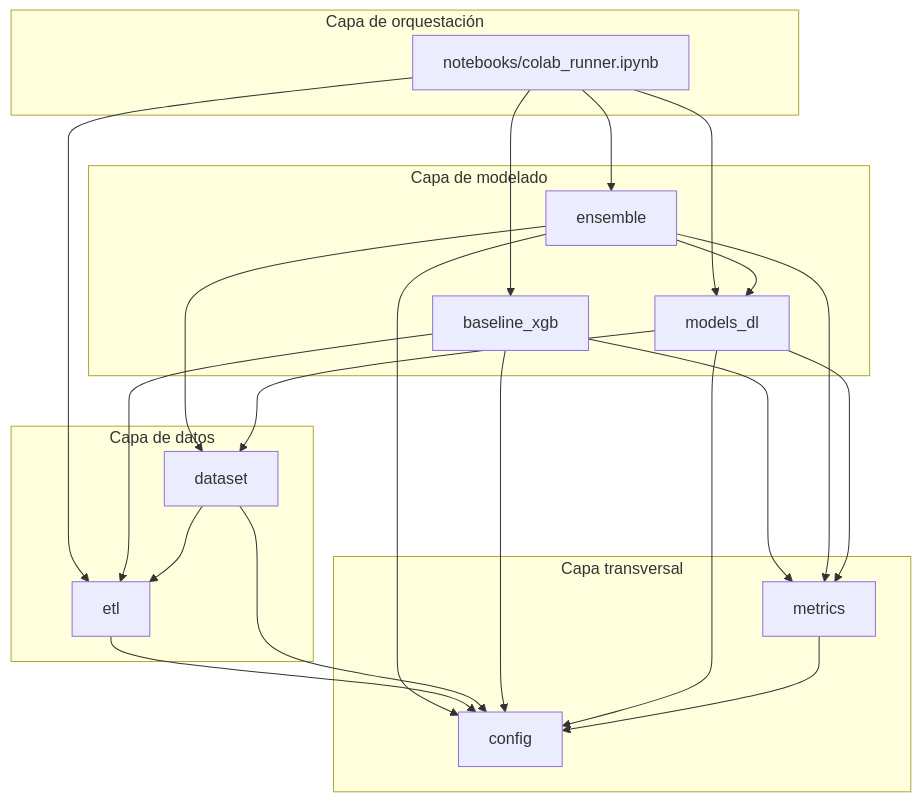
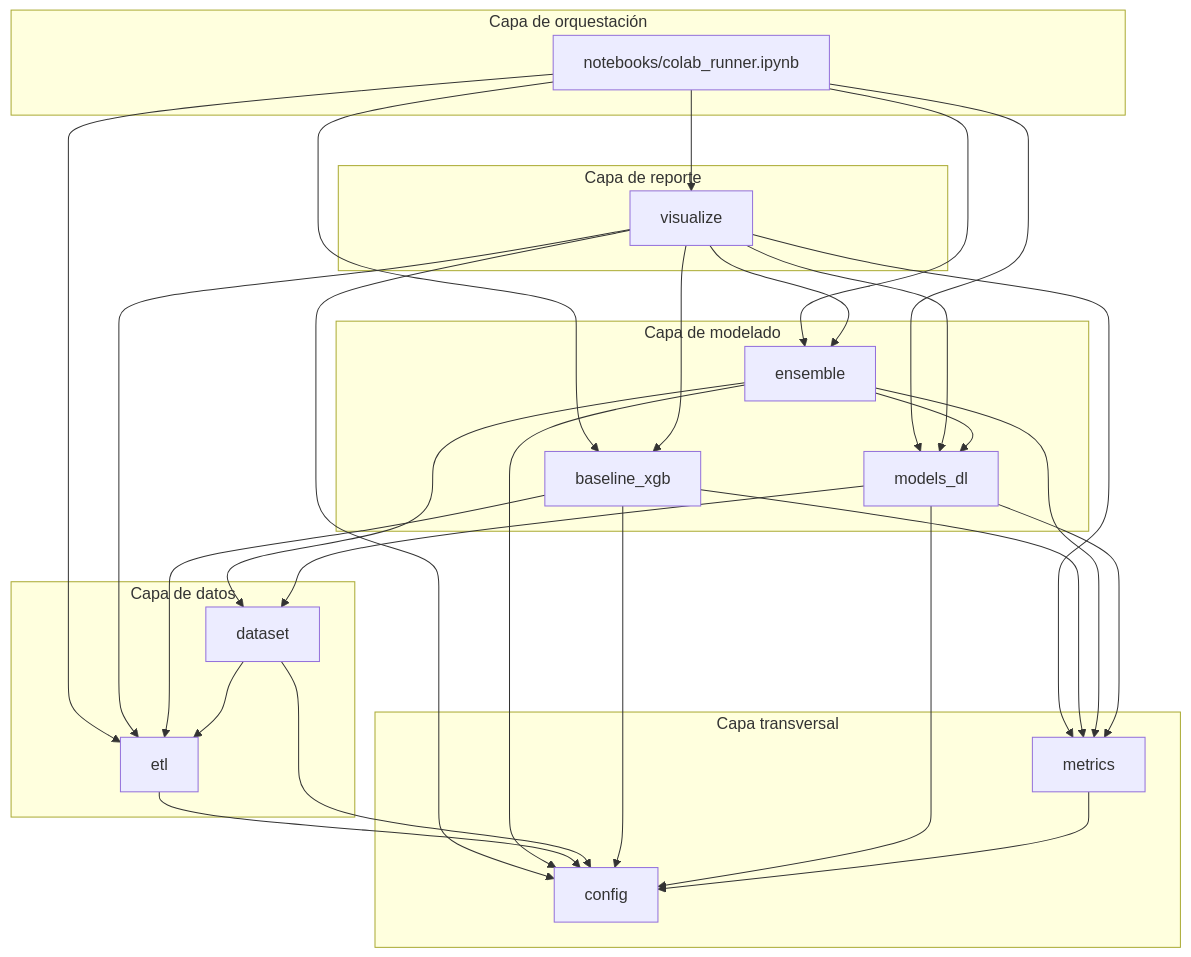
The diagram in docs/03_logical_architecture.md (facupeletay/nasa-turbofan-rul), drawn with Mermaid before and after one commit. The commit also changed other lines of this file and 6 other files, not shown here.

````diff
--- a/docs/03_logical_architecture.md
+++ b/docs/03_logical_architecture.md
@@ -11,38 +11,48 @@
 ```mermaid
 flowchart TB
     subgraph ORQ["Capa de orquestación"]
         NB["notebooks/colab_runner.ipynb"]
+    end
+    subgraph REP["Capa de reporte"]
+        VIS["visualize"]
     end
     subgraph MOD["Capa de modelado"]
         XGB["baseline_xgb"]
         DL["models_dl"]
         ENS["ensemble"]
     end
     subgraph DAT["Capa de datos"]
         ETL["etl"]
         DS["dataset"]
     end
     subgraph TRANS["Capa transversal"]
         CFG["config"]
         MET["metrics"]
     end
 
     NB --> ETL
     NB --> XGB
     NB --> DL
     NB --> ENS
+    NB --> VIS
+    VIS --> ENS
+    VIS --> XGB
+    VIS --> DL
+    VIS --> ETL
+    VIS --> MET
+    VIS --> CFG
     XGB --> ETL
     XGB --> MET
     ENS --> DL
     ENS --> DS
     ENS --> MET
     ENS --> CFG
     DL --> DS
     DL --> MET
     ETL --> CFG
     DS --> ETL
     DS --> CFG
     XGB --> CFG
     DL --> CFG
     MET --> CFG
 ```
````
